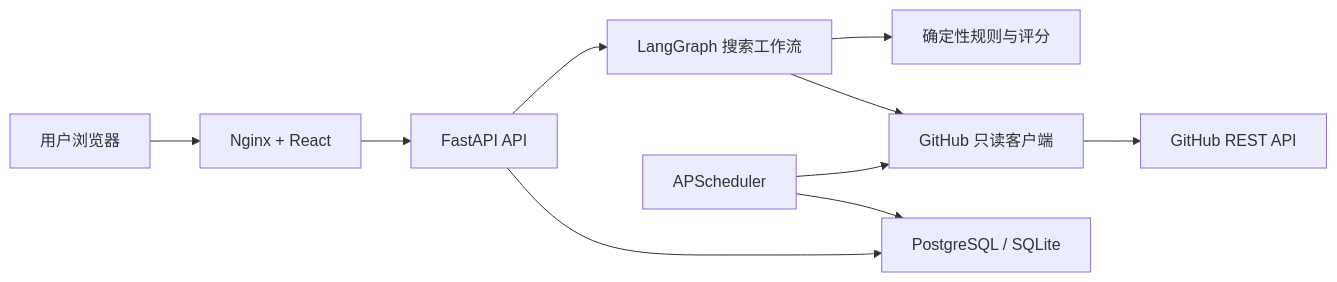
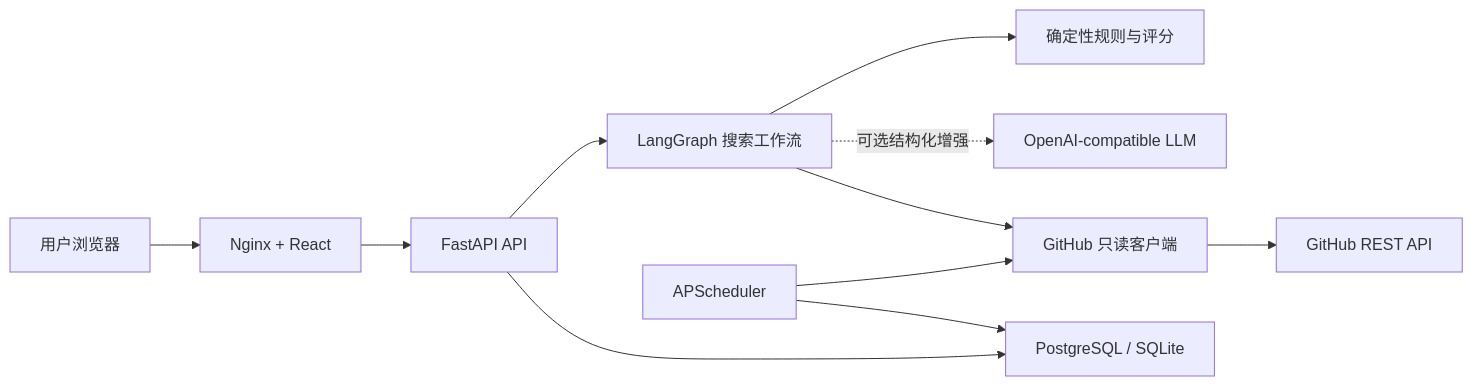
Before and after one commit to wangdethree/AgentRadar: the first of 3 diagrams in docs/architecture.md, drawn with Mermaid. The commit also changed other lines of this file and 22 other files, not shown here.

````diff
--- a/docs/architecture.md
+++ b/docs/architecture.md
@@ -7,12 +7,13 @@
 ```mermaid
 flowchart LR
     U["用户浏览器"] --> N["Nginx + React"]
     N --> A["FastAPI API"]
     A --> G["LangGraph 搜索工作流"]
     G --> R["确定性规则与评分"]
+    G -. "可选结构化增强" .-> L["OpenAI-compatible LLM"]
     G --> C["GitHub 只读客户端"]
     C --> GH["GitHub REST API"]
     A --> DB["PostgreSQL / SQLite"]
     S["APScheduler"] --> C
     S --> DB
 ```
````
